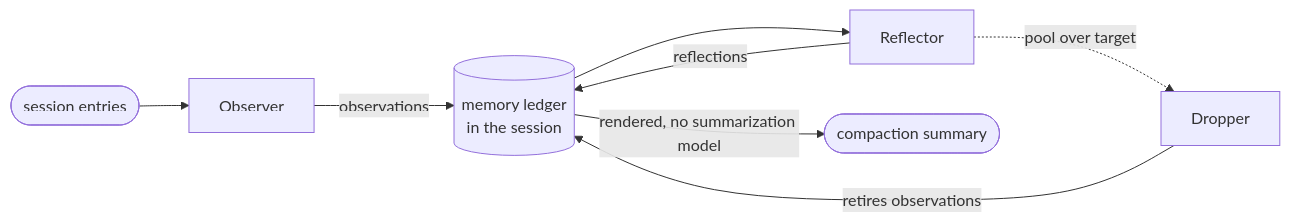
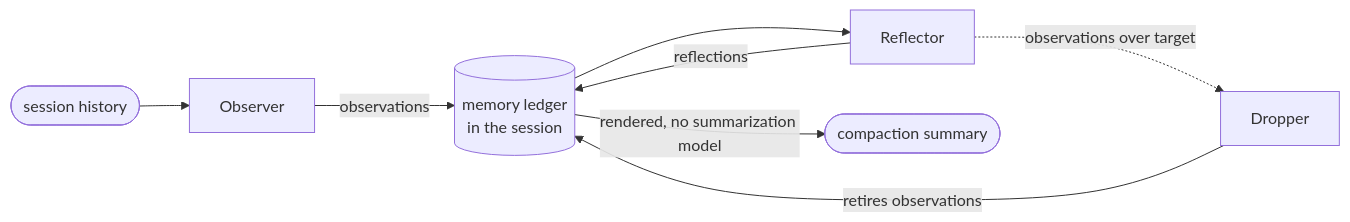
One commit to drvova/pig-observational-memory changed the diagram in README.md. Above: the diagram before and after it, drawn with Mermaid. The commit also changed other lines of this file and 2 other files, not shown here.

````diff
--- a/README.md
+++ b/README.md
@@ -57,10 +62,10 @@
 ```mermaid
 flowchart LR
-    S([session entries]) --> O[Observer]
+    S([session history]) --> O[Observer]
     O -->|observations| L[(memory ledger<br>in the session)]
     L --> R[Reflector]
     R -->|reflections| L
-    R -.->|pool over target| D[Dropper]
+    R -.->|observations over target| D[Dropper]
     D -->|retires observations| L
     L -->|rendered, no summarization model| C([compaction summary])
 ```
````
